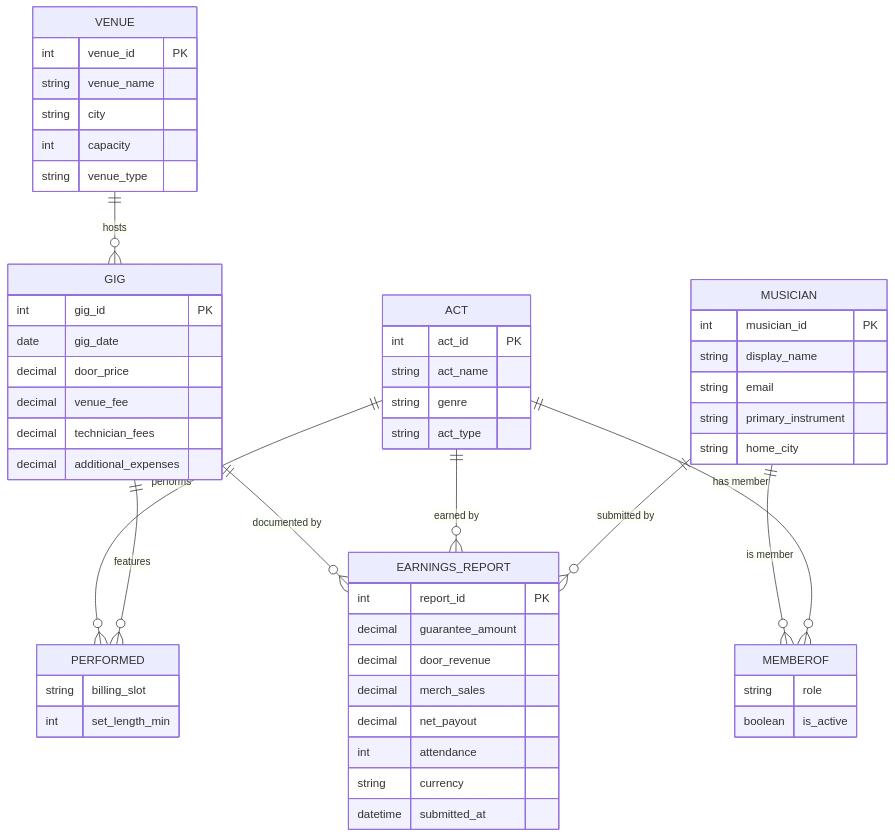
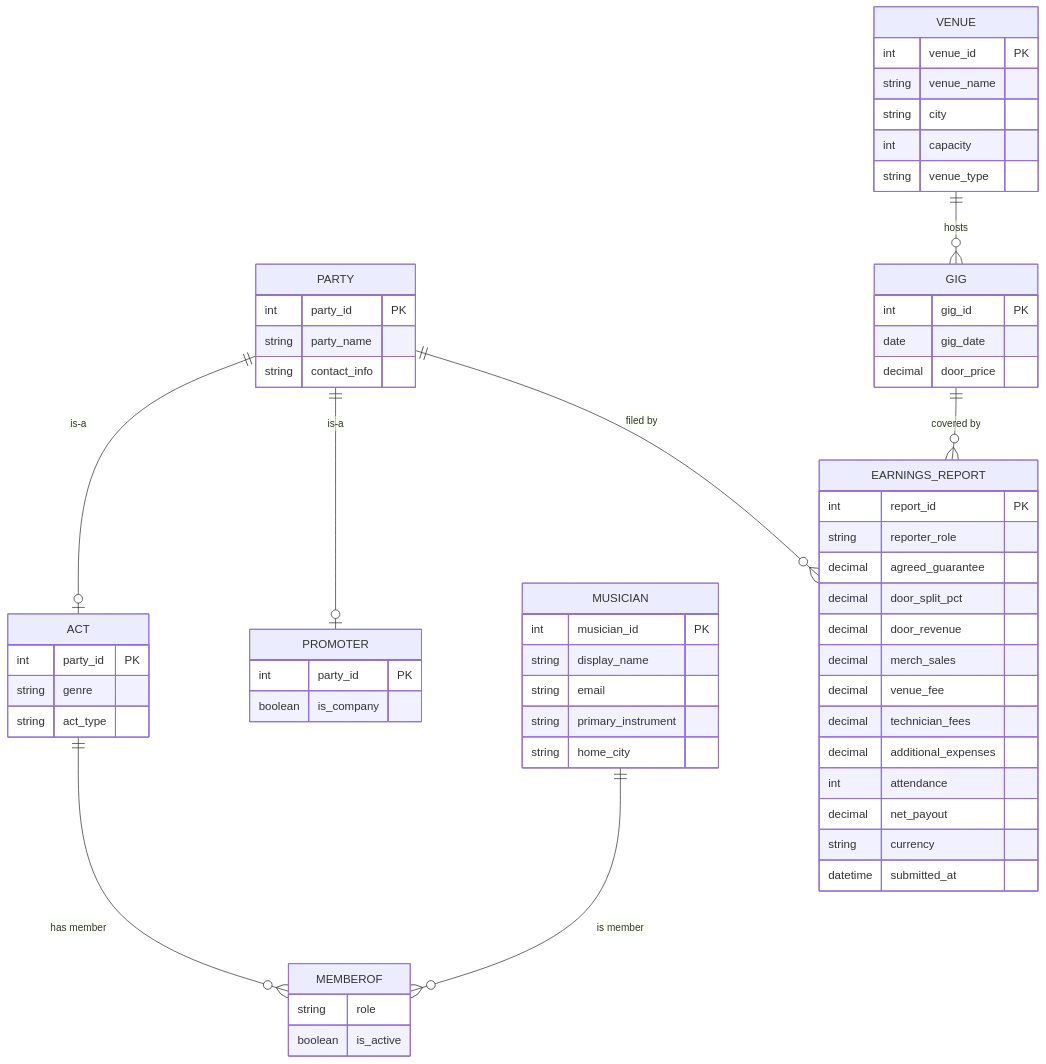
One commit to rkachanoski/gigshare changed the diagram in README.md. Above: the diagram before and after it, drawn with Mermaid. The commit also changed other lines of this file and 4 other files, not shown here.

First line of the commit message:
Rework conceptual model for multi-party gig reporting

````diff
--- a/README.md
+++ b/README.md
@@ -118,58 +140,63 @@
 ```mermaid
 erDiagram
+    PARTY    ||--o| ACT : "is-a"
+    PARTY    ||--o| PROMOTER : "is-a"
     MUSICIAN ||--o{ MEMBEROF : "is member"
     ACT      ||--o{ MEMBEROF : "has member"
-    ACT      ||--o{ PERFORMED : "performs"
-    GIG      ||--o{ PERFORMED : "features"
     VENUE    ||--o{ GIG : "hosts"
-    GIG      ||--o{ EARNINGS_REPORT : "documented by"
-    ACT      ||--o{ EARNINGS_REPORT : "earned by"
-    MUSICIAN ||--o{ EARNINGS_REPORT : "submitted by"
+    GIG      ||--o{ EARNINGS_REPORT : "covered by"
+    PARTY    ||--o{ EARNINGS_REPORT : "filed by"
 
     MUSICIAN {
         int    musician_id PK
         string display_name
         string email
         string primary_instrument
         string home_city
     }
+    PARTY {
+        int    party_id PK
+        string party_name
+        string contact_info
+    }
     ACT {
-        int    act_id PK
-        string act_name
+        int    party_id PK
         string genre
         string act_type
+    }
+    PROMOTER {
+        int     party_id PK
+        boolean is_company
     }
     VENUE {
         int    venue_id PK
         string venue_name
         string city
         int    capacity
         string venue_type
     }
     GIG {
         int     gig_id PK
         date    gig_date
         decimal door_price
+    }
+    EARNINGS_REPORT {
+        int     report_id PK
+        string  reporter_role
+        decimal agreed_guarantee
+        decimal door_split_pct
+        decimal door_revenue
+        decimal merch_sales
         decimal venue_fee
         decimal technician_fees
         decimal additional_expenses
-    }
-    EARNINGS_REPORT {
-        int     report_id PK
-        decimal guarantee_amount
-        decimal door_revenue
-        decimal merch_sales
+        int     attendance
         decimal net_payout
-        int     attendance
         string  currency
         datetime submitted_at
     }
     MEMBEROF {
         string role
         boolean is_active
     }
-    PERFORMED {
-        string billing_slot
-        int    set_length_min
-    }
 ```
````
